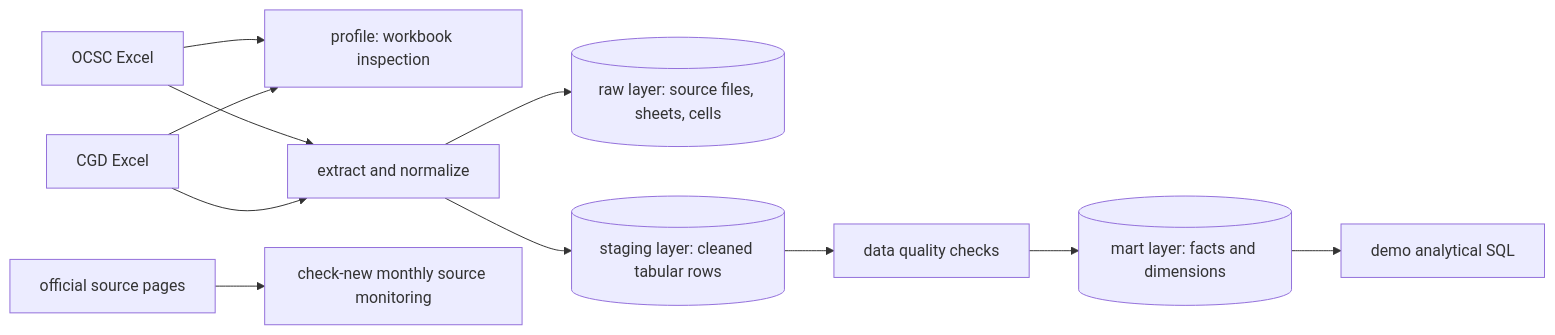
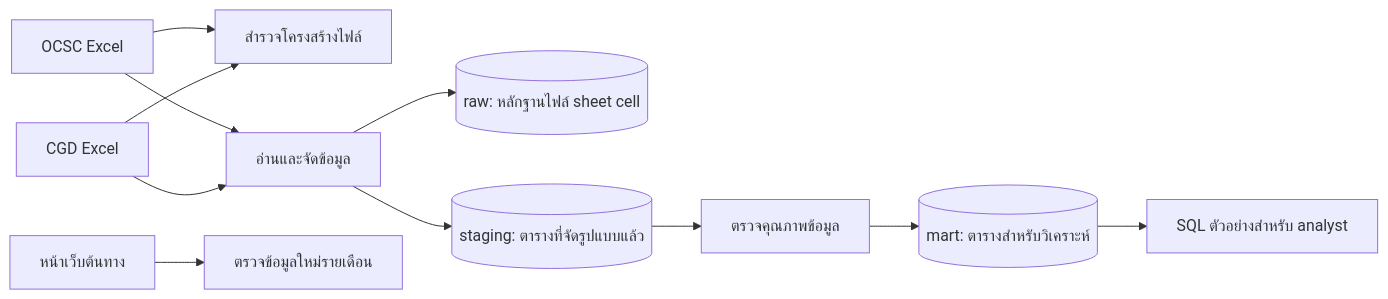
One commit to Palapluem/isap-dataengineer-2026 changed the second of 2 diagrams in docs/submission_overview.md. Above: the diagram before and after it, drawn with Mermaid. The commit also changed other lines of this file and 8 other files, not shown here.

````diff
--- a/docs/submission_overview.md
+++ b/docs/submission_overview.md
@@ -36,13 +38,13 @@
 ```mermaid
 flowchart LR
-    O[OCSC Excel] --> P[profile: workbook inspection]
+    O[OCSC Excel] --> P[สำรวจโครงสร้างไฟล์]
     C[CGD Excel] --> P
-    O --> X[extract and normalize]
+    O --> X[อ่านและจัดข้อมูล]
     C --> X
-    X --> R[(raw layer: source files, sheets, cells)]
-    X --> S[(staging layer: cleaned tabular rows)]
-    S --> Q[data quality checks]
-    Q --> M[(mart layer: facts and dimensions)]
-    M --> D[demo analytical SQL]
-    W[official source pages] --> N[check-new monthly source monitoring]
+    X --> R[(raw: หลักฐานไฟล์ sheet cell)]
+    X --> S[(staging: ตารางที่จัดรูปแบบแล้ว)]
+    S --> Q[ตรวจคุณภาพข้อมูล]
+    Q --> M[(mart: ตารางสำหรับวิเคราะห์)]
+    M --> D[SQL ตัวอย่างสำหรับ analyst]
+    W[หน้าเว็บต้นทาง] --> N[ตรวจข้อมูลใหม่รายเดือน]
 ```
````
